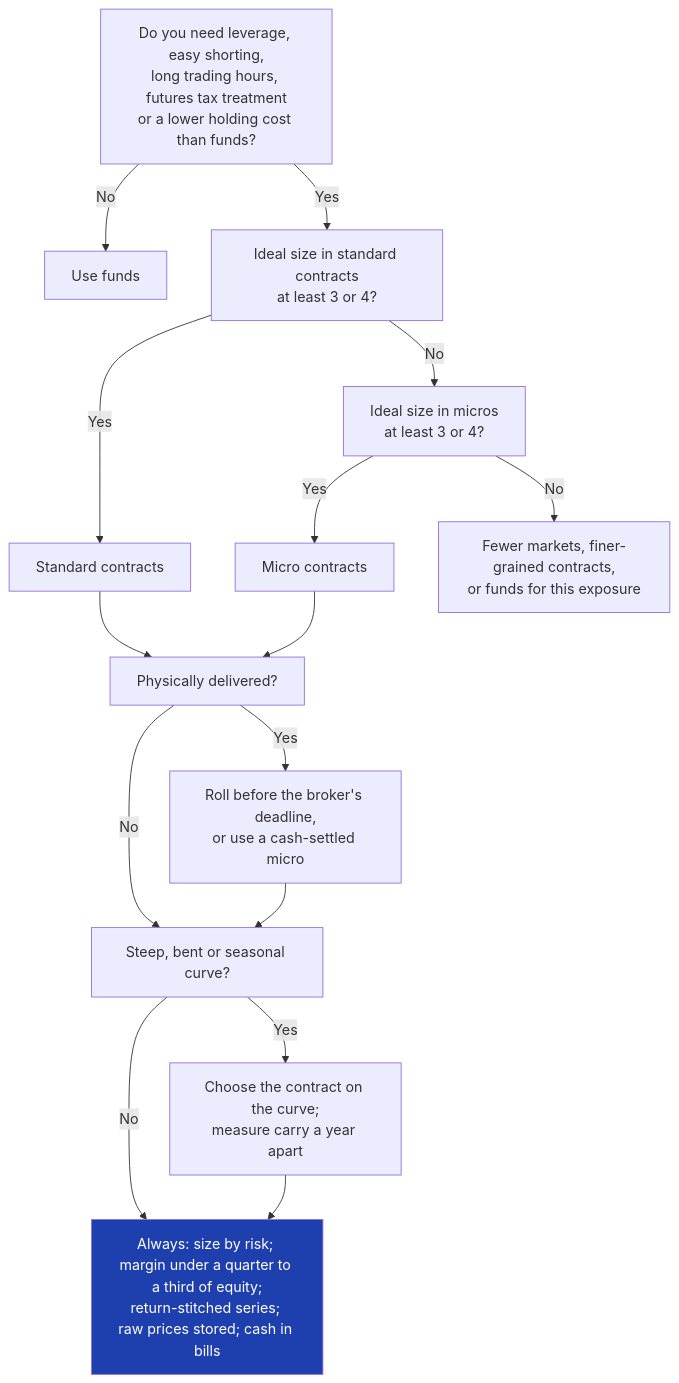
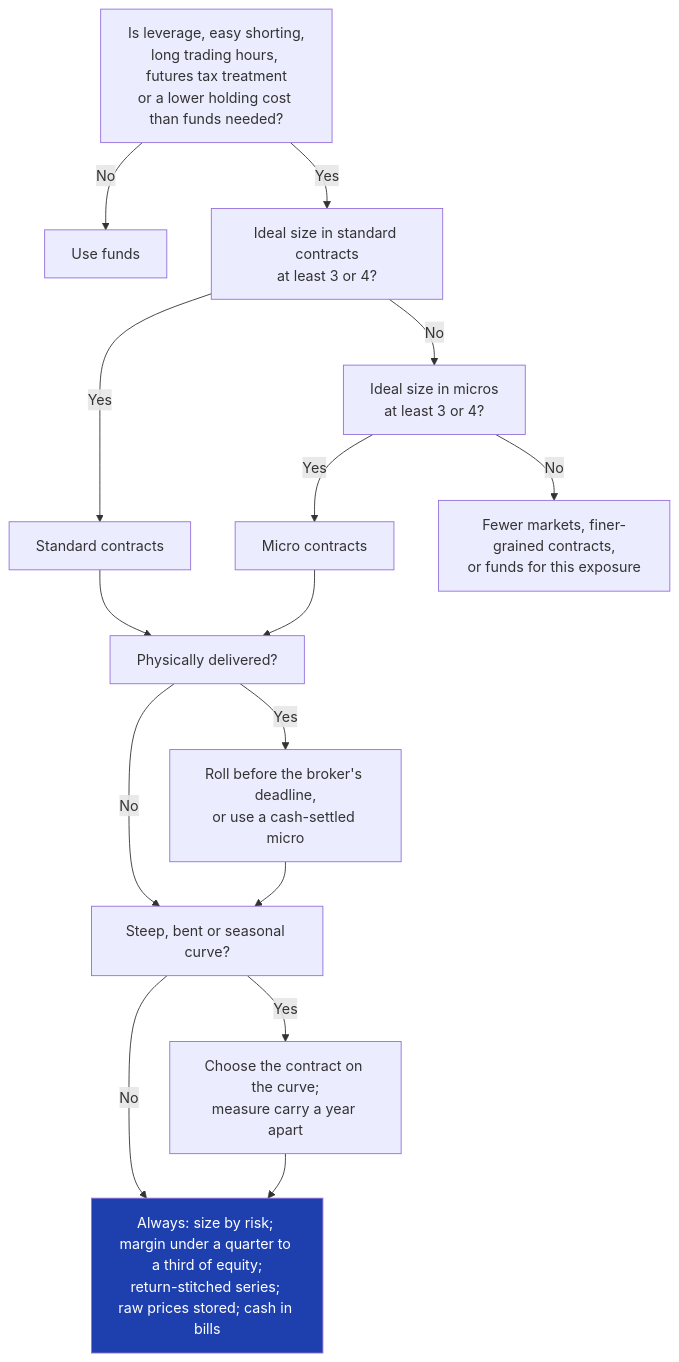
Before and after one commit to rmahfoud/quant-research: the fourth of 4 diagrams in futures_mechanics.md, drawn with Mermaid. The commit also changed other lines of this file and 19 other files, not shown here.

````diff
--- a/futures_mechanics.md
+++ b/futures_mechanics.md
@@ -2954,19 +3204,19 @@
 ```mermaid
 flowchart TD
-    Q0["Do you need leverage, easy shorting,<br/>long trading hours, futures tax treatment<br/>or a lower holding cost than funds?"]
+    Q0["Is leverage, easy shorting,<br/>long trading hours, futures tax treatment<br/>or a lower holding cost than funds needed?"]
     Q0 -->|"No"| F1["Use funds"]
     Q0 -->|"Yes"| Q1["Ideal size in standard contracts<br/>at least 3 or 4?"]
     Q1 -->|"Yes"| S1["Standard contracts"]
     Q1 -->|"No"| Q2["Ideal size in micros<br/>at least 3 or 4?"]
     Q2 -->|"Yes"| S2["Micro contracts"]
     Q2 -->|"No"| S3["Fewer markets, finer-grained contracts,<br/>or funds for this exposure"]
     S1 --> Q3["Physically delivered?"]
     S2 --> Q3
     Q3 -->|"Yes"| D1["Roll before the broker's deadline,<br/>or use a cash-settled micro"]
     Q3 -->|"No"| Q4["Steep, bent or seasonal curve?"]
     D1 --> Q4
     Q4 -->|"Yes"| D2["Choose the contract on the curve;<br/>measure carry a year apart"]
     Q4 -->|"No"| ALL["Always: size by risk; margin under a quarter to a third of equity;<br/>return-stitched series; raw prices stored; cash in bills"]
     D2 --> ALL
     style ALL fill:#1e40af,color:#fff
 ```
````
